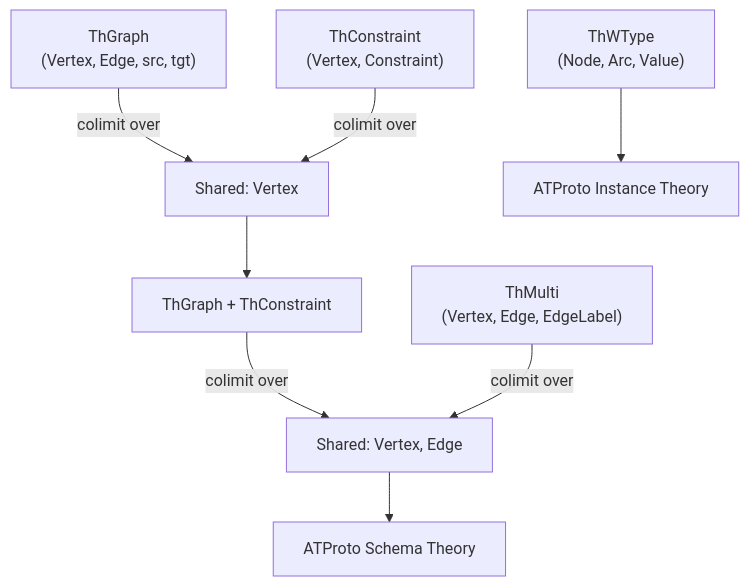
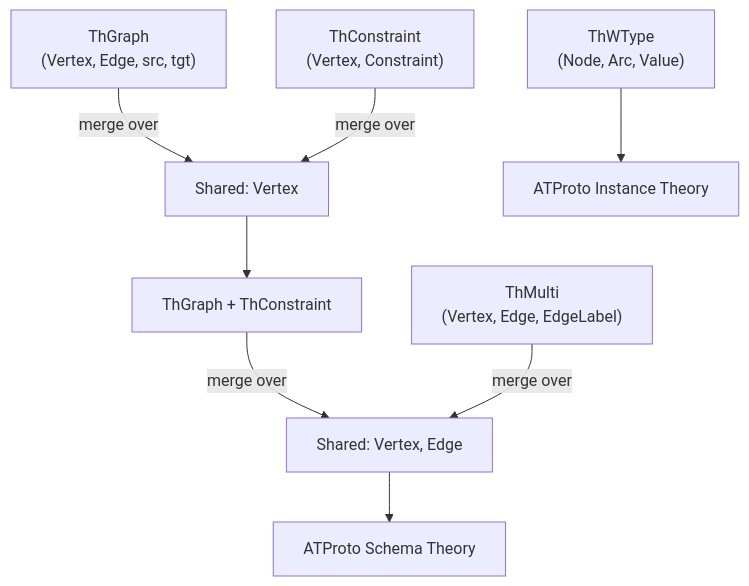
Before and after one commit to panproto/panproto: the diagram in dev-guide/chapters/12-protocols.qmd, drawn with Mermaid. The commit also changed other lines of this file and 76 other files, not shown here.

````diff
--- a/dev-guide/chapters/12-protocols.qmd
+++ b/dev-guide/chapters/12-protocols.qmd
@@ -79,17 +85,17 @@
 ```{mermaid}
 graph TD
     ThGraph["ThGraph<br/>(Vertex, Edge, src, tgt)"]
     ThConstraint["ThConstraint<br/>(Vertex, Constraint)"]
     ThMulti["ThMulti<br/>(Vertex, Edge, EdgeLabel)"]
     SharedV["Shared: Vertex"]
     SharedVE["Shared: Vertex, Edge"]
 
-    ThGraph -->|colimit over| SharedV
-    ThConstraint -->|colimit over| SharedV
+    ThGraph -->|merge over| SharedV
+    ThConstraint -->|merge over| SharedV
     SharedV --> GC["ThGraph + ThConstraint"]
-    GC -->|colimit over| SharedVE
-    ThMulti -->|colimit over| SharedVE
+    GC -->|merge over| SharedVE
+    ThMulti -->|merge over| SharedVE
     SharedVE --> Schema["ATProto Schema Theory"]
 
     ThWType["ThWType<br/>(Node, Arc, Value)"] --> Instance["ATProto Instance Theory"]
 ```
````
